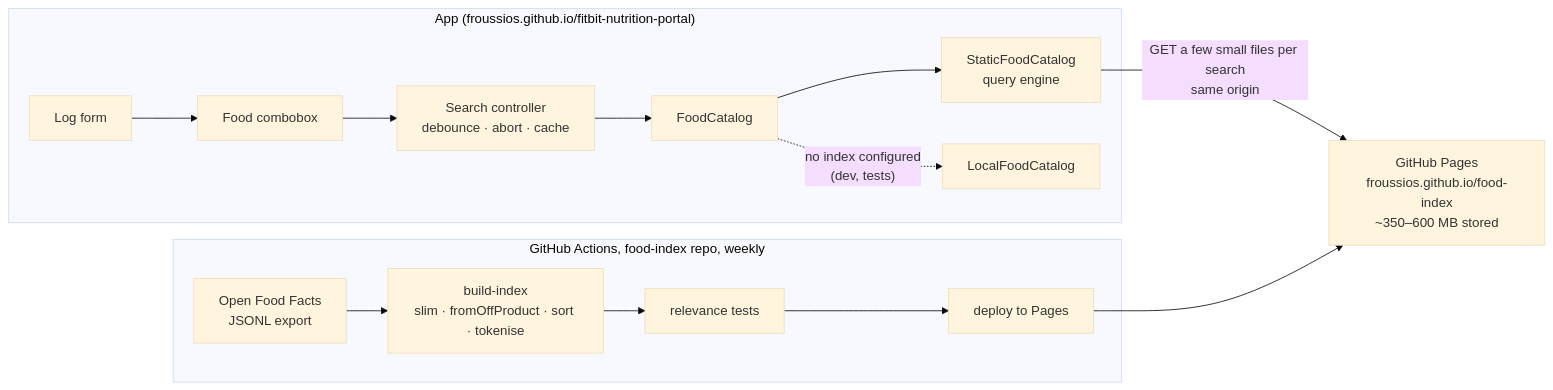
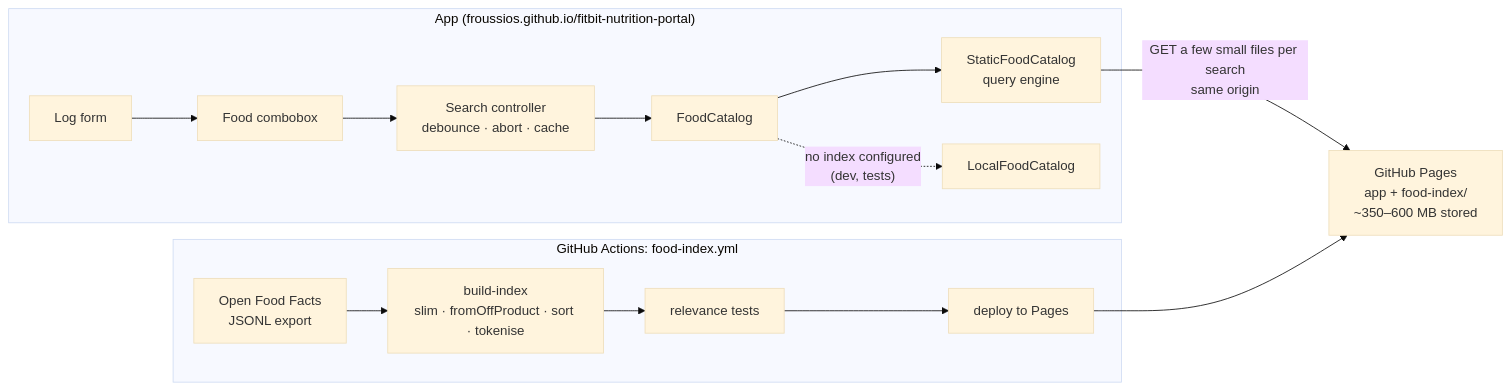
Before and after one commit to Froussios/fitbit-nutrition-portal: the diagram in docs/FOOD_SEARCH.md, drawn with Mermaid (base theme). The commit also changed other lines of this file and 27 other files, not shown here.

First line of the commit message:
Food search over a static Open Food Facts index

````diff
--- a/docs/FOOD_SEARCH.md
+++ b/docs/FOOD_SEARCH.md
@@ -313,16 +314,16 @@
 ```mermaid
 flowchart LR
   subgraph Browser["App (froussios.github.io/fitbit-nutrition-portal)"]
     Form["Log form"] --> Combo["Food combobox"]
     Combo --> Ctl["Search controller<br/>debounce · abort · cache"]
     Ctl --> FC["FoodCatalog"]
     FC --> SFC["StaticFoodCatalog<br/>query engine"]
     FC -.->|"no index configured<br/>(dev, tests)"| Local["LocalFoodCatalog"]
   end
-  SFC -- "GET a few small files per search<br/>same origin" --> Pages["GitHub Pages<br/>froussios.github.io/food-index<br/>~350–600 MB stored"]
-  subgraph GHA["GitHub Actions, food-index repo, weekly"]
+  SFC -- "GET a few small files per search<br/>same origin" --> Pages["GitHub Pages<br/>app + food-index/<br/>~350–600 MB stored"]
+  subgraph GHA["GitHub Actions: food-index.yml"]
     Dump["Open Food Facts<br/>JSONL export"] --> Build["build-index<br/>slim · fromOffProduct · sort · tokenise"]
     Build --> Test["relevance tests"] --> Deploy["deploy to Pages"]
   end
   Deploy --> Pages
 ```
````
